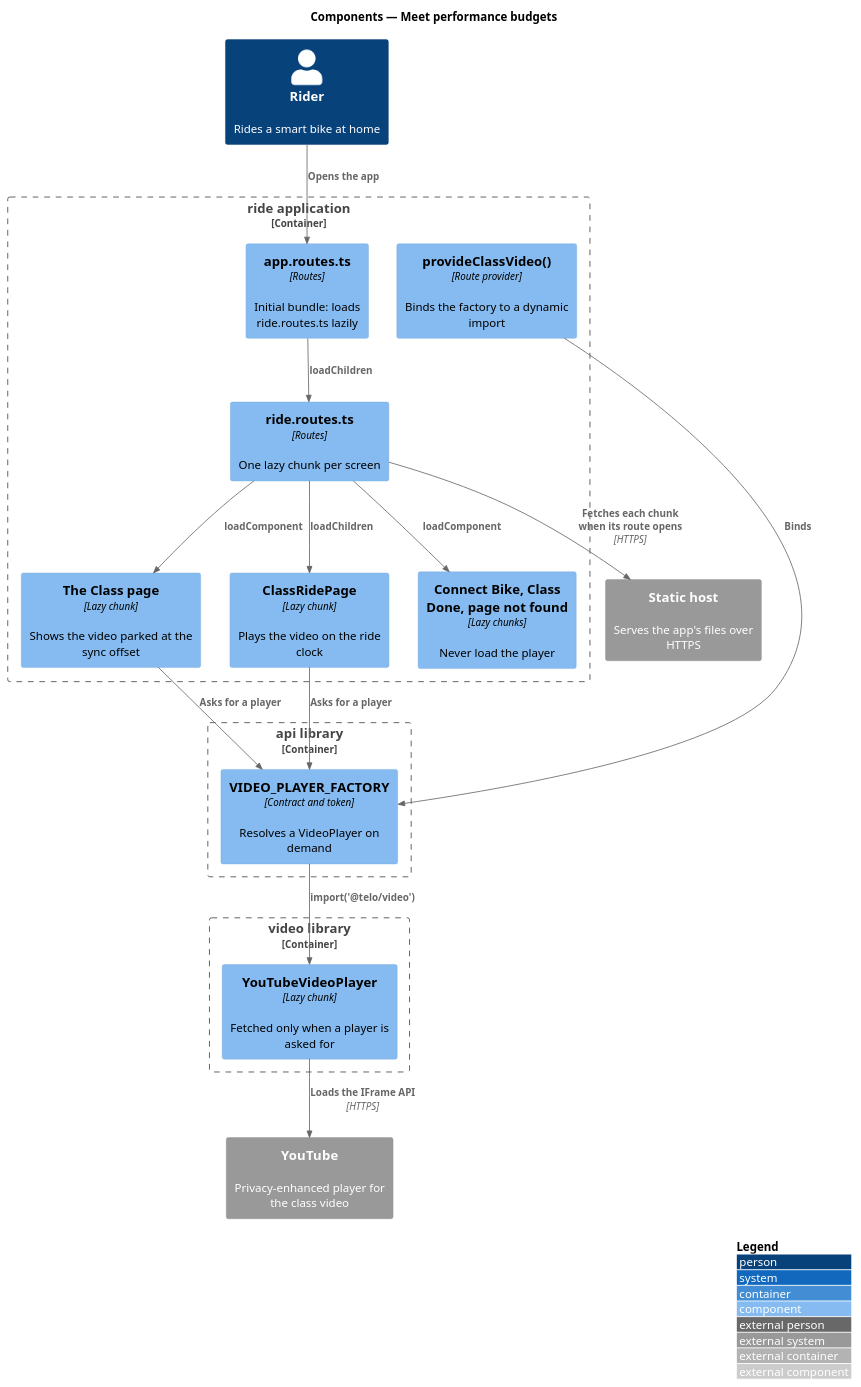
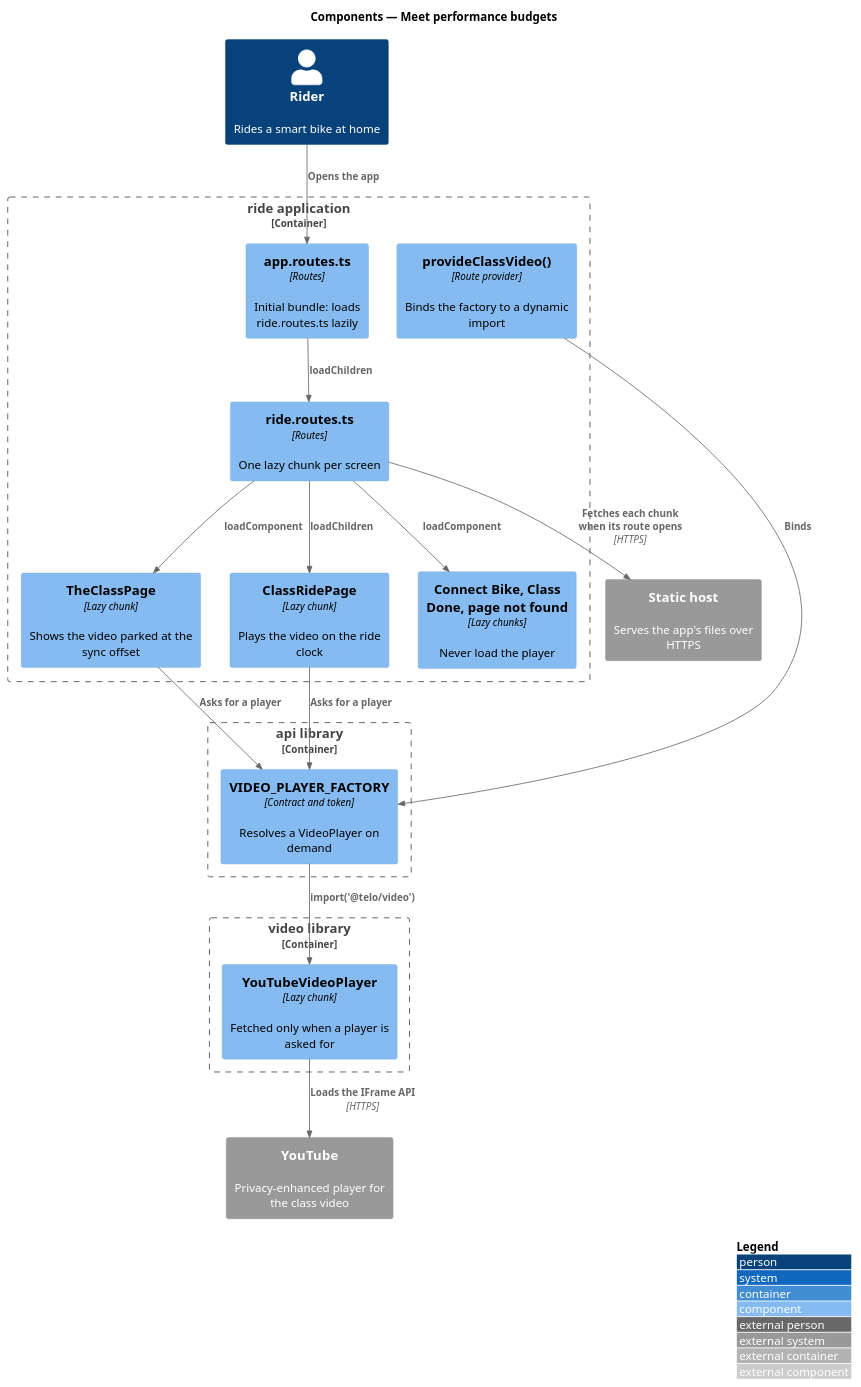
The diagram in docs/detailed-designs/performance/meet-performance-budgets/diagrams/c4-component.puml (QuinntyneBrown/ride-one), drawn with PlantUML before and after one commit. The commit also changed 106 other files, not shown here.

First line of the commit message:
Reconcile shared names and flows across the Telo Ride 1 designs

```diff
--- a/docs/detailed-designs/performance/meet-performance-budgets/diagrams/c4-component.puml
+++ b/docs/detailed-designs/performance/meet-performance-budgets/diagrams/c4-component.puml
@@ -1,36 +1,36 @@
 @startuml
 !include <C4/C4_Component>
 LAYOUT_WITH_LEGEND()
 title Components — Meet performance budgets
 
 Person(rider, "Rider", "Rides a smart bike at home")
 System_Ext(host, "Static host", "Serves the app's files over HTTPS")
 System_Ext(youtube, "YouTube", "Privacy-enhanced player for the class video")
 
 Container_Boundary(ride, "ride application") {
   Component(appRoutes, "app.routes.ts", "Routes", "Initial bundle: loads ride.routes.ts lazily")
   Component(rideRoutes, "ride.routes.ts", "Routes", "One lazy chunk per screen")
-  Component(classPage, "The Class page", "Lazy chunk", "Shows the video parked at the sync offset")
+  Component(classPage, "TheClassPage", "Lazy chunk", "Shows the video parked at the sync offset")
   Component(ridePage, "ClassRidePage", "Lazy chunk", "Plays the video on the ride clock")
   Component(other, "Connect Bike, Class Done, page not found", "Lazy chunks", "Never load the player")
   Component(pcv, "provideClassVideo()", "Route provider", "Binds the factory to a dynamic import")
 }
 Container_Boundary(api, "api library") {
   Component(factory, "VIDEO_PLAYER_FACTORY", "Contract and token", "Resolves a VideoPlayer on demand")
 }
 Container_Boundary(video, "video library") {
   Component(yt, "YouTubeVideoPlayer", "Lazy chunk", "Fetched only when a player is asked for")
 }
 
 Rel(rider, appRoutes, "Opens the app")
 Rel(appRoutes, rideRoutes, "loadChildren")
 Rel(rideRoutes, classPage, "loadComponent")
 Rel(rideRoutes, ridePage, "loadChildren")
 Rel(rideRoutes, other, "loadComponent")
 Rel(classPage, factory, "Asks for a player")
 Rel(ridePage, factory, "Asks for a player")
 Rel(pcv, factory, "Binds")
 Rel(factory, yt, "import('@telo/video')")
 Rel(rideRoutes, host, "Fetches each chunk when its route opens", "HTTPS")
 Rel(yt, youtube, "Loads the IFrame API", "HTTPS")
 @enduml
```
